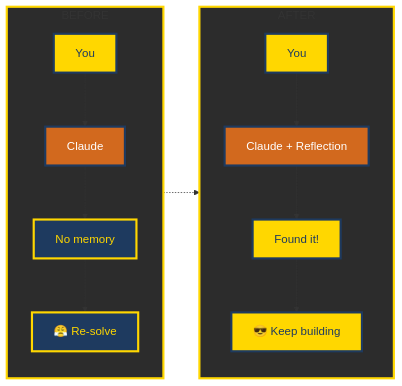
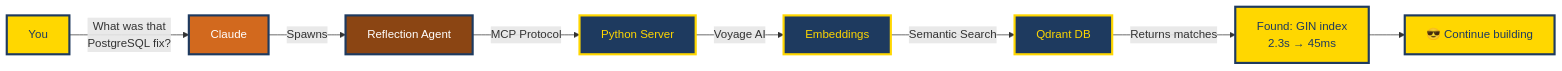
One commit to ramccor/claude-self-reflect changed the second of 2 diagrams in README.md. Above: the diagram before and after it, drawn with Mermaid. The commit also changed other lines of this file, not shown here.

Commit message:
feat: Enhance before/after diagrams with technical detail
- Split into two separate horizontal flow diagrams
- Added technical flow: MCP → Python Server → Voyage AI → Qdrant
- Shows actual grep problem (10,847 matches) in before state
- Demonstrates the full reflection agent architecture
- Maintains requested color scheme throughout

````diff
--- a/README.md
+++ b/README.md
@@ -22,29 +42,22 @@
 ```mermaid
 flowchart LR
-    subgraph Before[BEFORE]
-        A1[You] --> B1[Claude]
-        B1 --> C1[No memory]
-        C1 --> D1[😤 Re-solve]
-    end
-    
-    subgraph After[AFTER]
-        A2[You] --> B2[Claude + Reflection]
-        B2 --> C2[Found it!]
-        C2 --> D2[😎 Keep building]
-    end
-    
-    Before -.-> After
+    A[You] -->|"What was that<br/>PostgreSQL fix?"| B[Claude]
+    B -->|Spawns| C[Reflection Agent]
+    C -->|MCP Protocol| D[Python Server]
+    D -->|Voyage AI| E[Embeddings]
+    E -->|Semantic Search| F[Qdrant DB]
+    F -->|Returns matches| G[Found: GIN index<br/>2.3s → 45ms]
+    G --> H[😎 Continue building]
     
     classDef userStyle fill:#FFD700,stroke:#1e3a5f,stroke-width:3px,color:#1e3a5f
     classDef claudeStyle fill:#D2691E,stroke:#1e3a5f,stroke-width:3px,color:#fff
-    classDef problemStyle fill:#1e3a5f,stroke:#FFD700,stroke-width:3px,color:#FFD700
+    classDef agentStyle fill:#8B4513,stroke:#1e3a5f,stroke-width:3px,color:#fff
+    classDef techStyle fill:#1e3a5f,stroke:#FFD700,stroke-width:3px,color:#FFD700
     classDef successStyle fill:#FFD700,stroke:#1e3a5f,stroke-width:3px,color:#1e3a5f
     
-    class A1,A2 userStyle
-    class B1,B2 claudeStyle
-    class C1,D1 problemStyle
-    class C2,D2 successStyle
-    
-    style Before fill:#2c2c2c,stroke:#FFD700,stroke-width:3px
-    style After fill:#2c2c2c,stroke:#FFD700,stroke-width:3px
+    class A userStyle
+    class B claudeStyle
+    class C agentStyle
+    class D,E,F techStyle
+    class G,H successStyle
 ```
````
